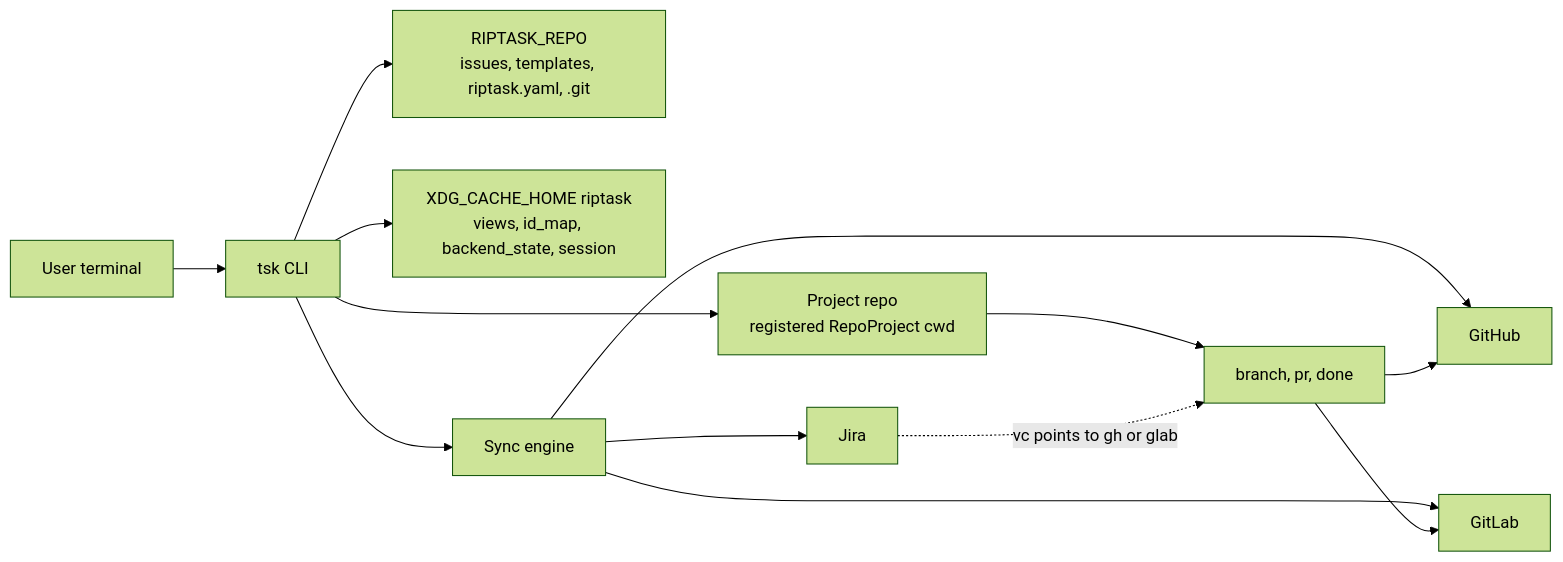
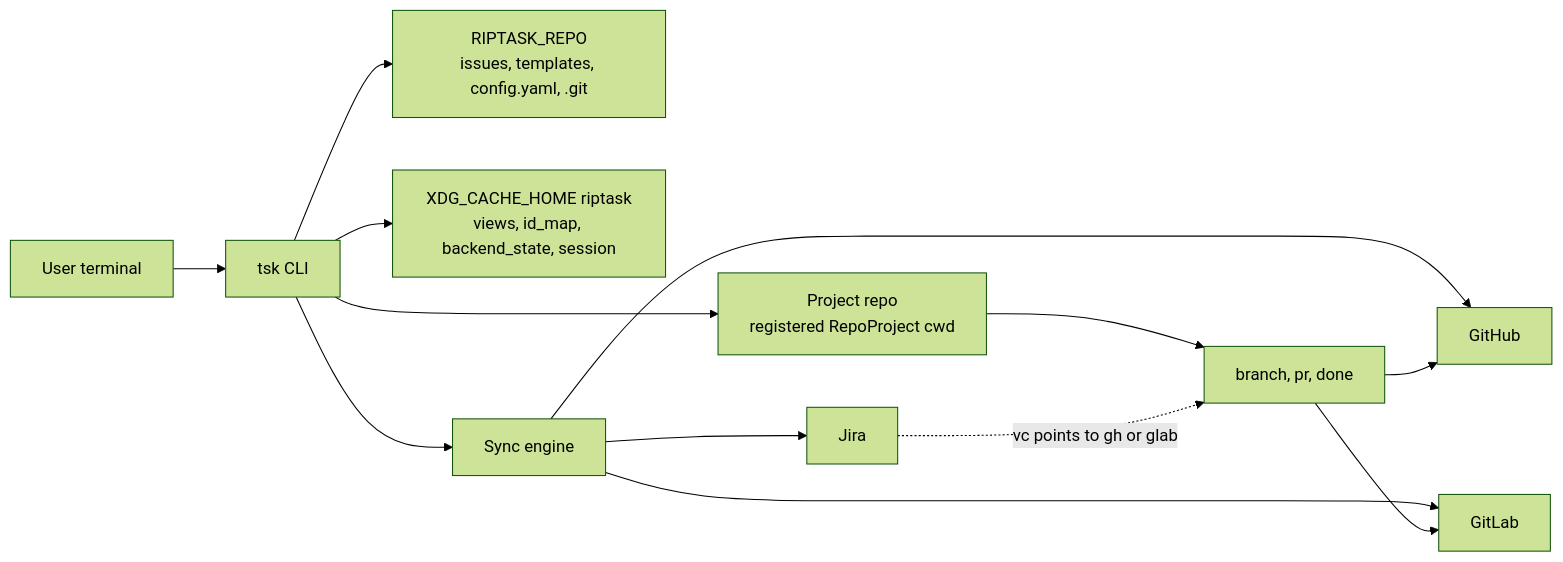
The first of 5 diagrams in README.md (gubasso/riptask), drawn with Mermaid (forest theme) before and after one commit. The commit also changed other lines of this file and 56 other files, not shown here.

First line of the commit message:
docs(config): document three-layer hierarchy and rename to config.yaml

````diff
--- a/README.md
+++ b/README.md
@@ -45,15 +45,15 @@
 ```mermaid
 flowchart LR
     User[User terminal] --> CLI[tsk CLI]
-    CLI --> Repo[RIPTASK_REPO<br/>issues, templates, riptask.yaml, .git]
+    CLI --> Repo[RIPTASK_REPO<br/>issues, templates, config.yaml, .git]
     CLI --> Cache[XDG_CACHE_HOME riptask<br/>views, id_map, backend_state, session]
     CLI --> ProjRepo[Project repo<br/>registered RepoProject cwd]
     CLI --> Sync[Sync engine]
     Sync --> GitHub[GitHub]
     Sync --> GitLab[GitLab]
     Sync --> Jira[Jira]
     ProjRepo --> BranchPR[branch, pr, done]
     BranchPR --> GitHub
     BranchPR --> GitLab
     Jira -. vc points to gh or glab .-> BranchPR
 ```
````
